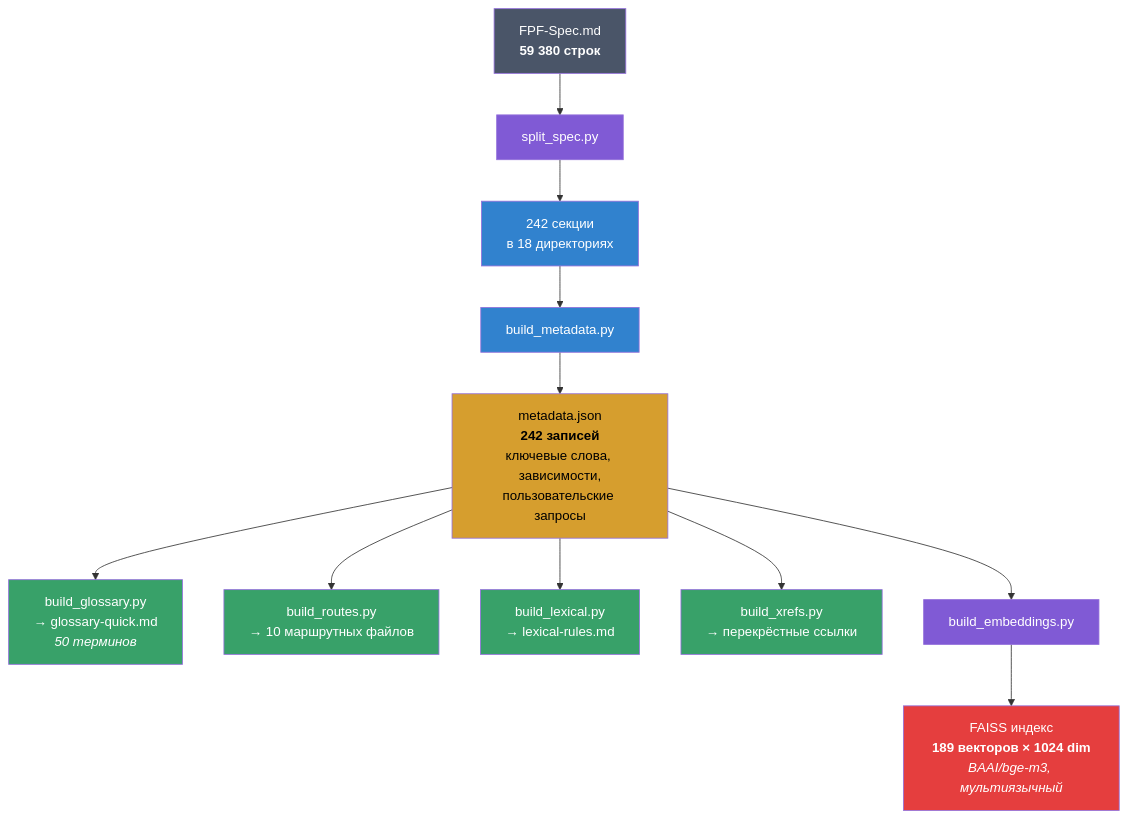
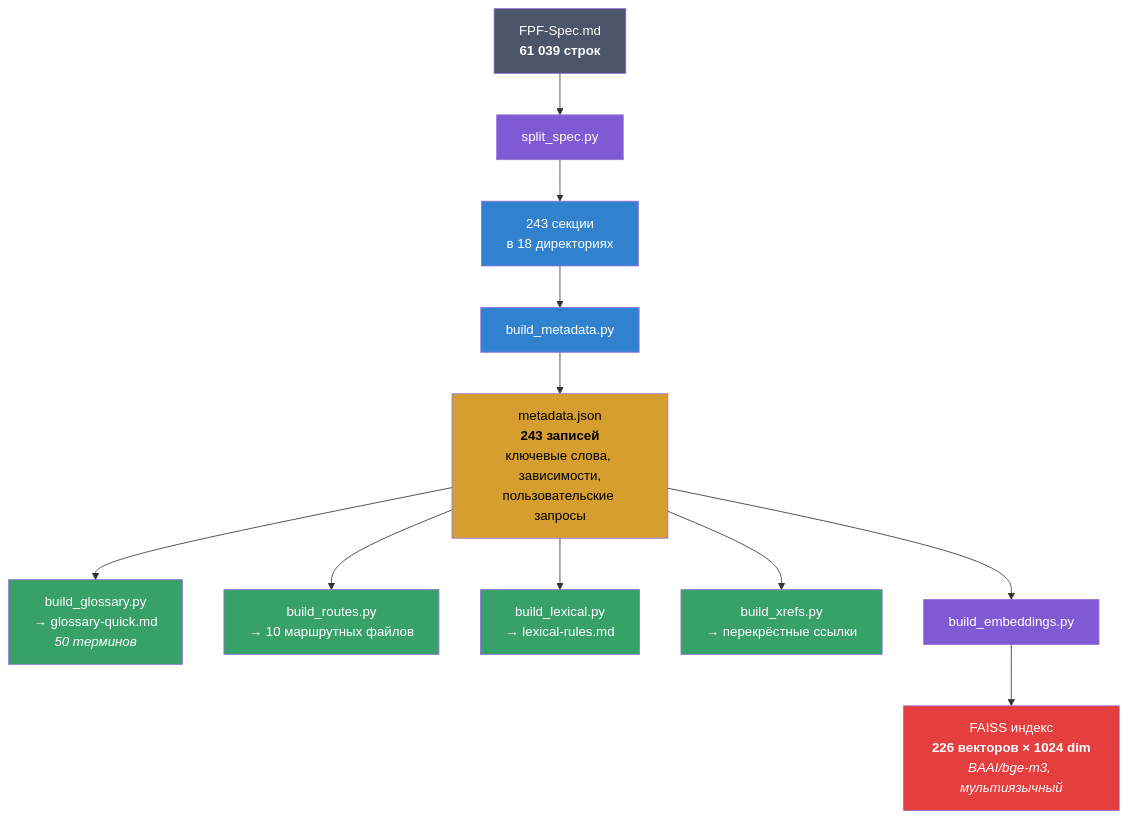
The fourth of 4 diagrams in Readme.md (pokrovskiyv/FPF-agent), drawn with Mermaid before and after one commit. The commit also changed other lines of this file and 90 other files, not shown here.

First line of the commit message:
chore: sync upstream FPF-Spec (C.11 Decision Theory + NQD cleanup) and rebuild sections

````diff
--- a/Readme.md
+++ b/Readme.md
@@ -181,25 +181,25 @@
 ```mermaid
 graph TD
-    Spec["FPF-Spec.md<br/><b>59 380 строк</b>"] --> Split["split_spec.py"]
-    Split --> Sections["242 секции<br/>в 18 директориях"]
+    Spec["FPF-Spec.md<br/><b>61 039 строк</b>"] --> Split["split_spec.py"]
+    Split --> Sections["243 секции<br/>в 18 директориях"]
     Sections --> Meta["build_metadata.py"]
-    Meta --> MetaJSON["metadata.json<br/><b>242 записей</b><br/>ключевые слова, зависимости,<br/>пользовательские запросы"]
+    Meta --> MetaJSON["metadata.json<br/><b>243 записей</b><br/>ключевые слова, зависимости,<br/>пользовательские запросы"]
     MetaJSON --> Gloss["build_glossary.py<br/>→ glossary-quick.md<br/><i>50 терминов</i>"]
     MetaJSON --> Routes["build_routes.py<br/>→ 10 маршрутных файлов"]
     MetaJSON --> Lex["build_lexical.py<br/>→ lexical-rules.md"]
     MetaJSON --> XRef["build_xrefs.py<br/>→ перекрёстные ссылки"]
     MetaJSON --> Emb["build_embeddings.py"]
-    Emb --> FAISS["FAISS индекс<br/><b>189 векторов × 1024 dim</b><br/><i>BAAI/bge-m3, мультиязычный</i>"]
+    Emb --> FAISS["FAISS индекс<br/><b>226 векторов × 1024 dim</b><br/><i>BAAI/bge-m3, мультиязычный</i>"]
 
     style Spec fill:#4a5568,color:#fff
     style Split fill:#805ad5,color:#fff
     style Sections fill:#3182ce,color:#fff
     style Meta fill:#3182ce,color:#fff
     style MetaJSON fill:#d69e2e,color:#000
     style Gloss fill:#38a169,color:#fff
     style Routes fill:#38a169,color:#fff
     style Lex fill:#38a169,color:#fff
     style XRef fill:#38a169,color:#fff
     style Emb fill:#805ad5,color:#fff
     style FAISS fill:#e53e3e,color:#fff
 ```
````
